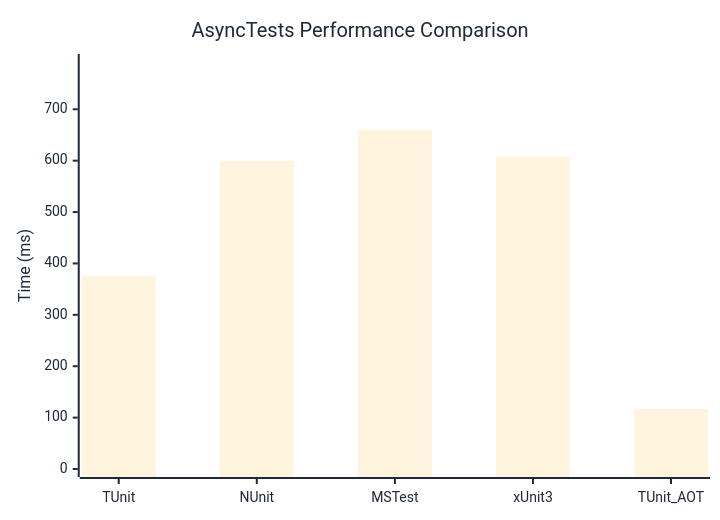
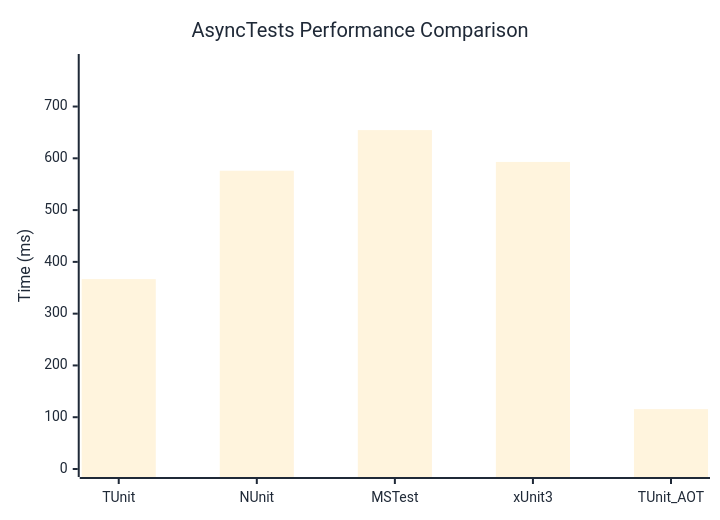
The diagram in docs/docs/benchmarks/engine/AsyncTests.md (thomhurst/TUnit), drawn with Mermaid before and after one commit. The commit also changed other lines of this file and 18 other files, not shown here.

````diff
--- a/docs/docs/benchmarks/engine/AsyncTests.md
+++ b/docs/docs/benchmarks/engine/AsyncTests.md
@@ -29,37 +29,37 @@
 ```mermaid
 %%{init: {
   'theme':'base',
   'themeVariables': {
     'primaryColor': '#2563eb',
     'primaryTextColor': '#1f2937',
     'primaryBorderColor': '#1e40af',
     'lineColor': '#6b7280',
     'secondaryColor': '#7c3aed',
     'tertiaryColor': '#dc2626',
     'background': '#ffffff',
     'mainBkg': '#2563eb',
     'secondBkg': '#7c3aed',
     'tertiaryBkg': '#dc2626',
     'clusterBkg': '#f3f4f6',
     'edgeLabelBackground': '#ffffff',
     'tertiaryTextColor': '#1f2937',
     'pie1': '#2563eb',
     'pie2': '#7c3aed',
     'pie3': '#dc2626',
     'pie4': '#f59e0b',
     'pie5': '#10b981',
     'pie6': '#06b6d4',
     'pie7': '#ec4899',
     'pie8': '#6366f1',
     'pie9': '#84cc16',
     'pie10': '#f97316',
     'pie11': '#14b8a6',
     'pie12': '#a855f7'
   }
 }}%%
 xychart-beta
   title "AsyncTests Performance Comparison"
   x-axis ["TUnit", "NUnit", "MSTest", "xUnit3", "TUnit_AOT"]
-  y-axis "Time (ms)" 0 --> 792
-  bar [375.9, 599.8, 659.9, 607.7, 117]
+  y-axis "Time (ms)" 0 --> 786
+  bar [366.7, 576, 654.5, 593, 115.6]
 ```
````
